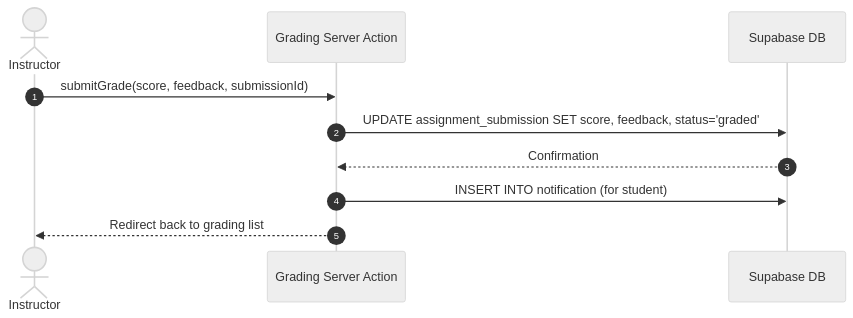
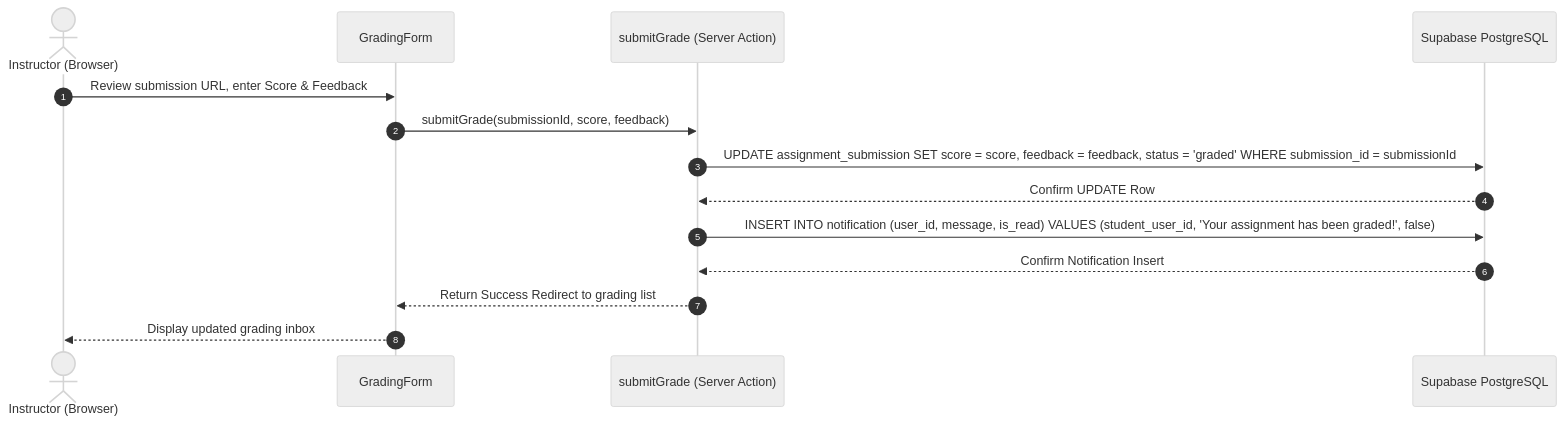
One commit to wingkit123/QuestLearn changed the fourth of 6 diagrams in wing kit sef report/Individual-Report-Aziel.md. Above: the diagram before and after it, drawn with Mermaid (neutral theme). The commit also changed other lines of this file and 1 other file, not shown here.

````diff
--- a/wing kit sef report/Individual-Report-Aziel.md
+++ b/wing kit sef report/Individual-Report-Aziel.md
@@ -177,13 +311,17 @@
 ```mermaid
 sequenceDiagram
     autonumber
-    actor Instructor as Instructor
-    participant Action as Grading Server Action
-    participant DB as Supabase DB
+    actor Instructor as Instructor (Browser)
+    participant Form as GradingForm
+    participant Action as submitGrade (Server Action)
+    participant DB as Supabase PostgreSQL
     
-    Instructor->>Action: submitGrade(score, feedback, submissionId)
-    Action->>DB: UPDATE assignment_submission SET score, feedback, status='graded'
-    DB-->>Action: Confirmation
-    Action->>DB: INSERT INTO notification (for student)
-    Action-->>Instructor: Redirect back to grading list
+    Instructor->>Form: Review submission URL, enter Score & Feedback
+    Form->>Action: submitGrade(submissionId, score, feedback)
+    Action->>DB: UPDATE assignment_submission SET score = score, feedback = feedback, status = 'graded' WHERE submission_id = submissionId
+    DB-->>Action: Confirm UPDATE Row
+    Action->>DB: INSERT INTO notification (user_id, message, is_read) VALUES (student_user_id, 'Your assignment has been graded!', false)
+    DB-->>Action: Confirm Notification Insert
+    Action-->>Form: Return Success Redirect to grading list
+    Form-->>Instructor: Display updated grading inbox
 ```
````
